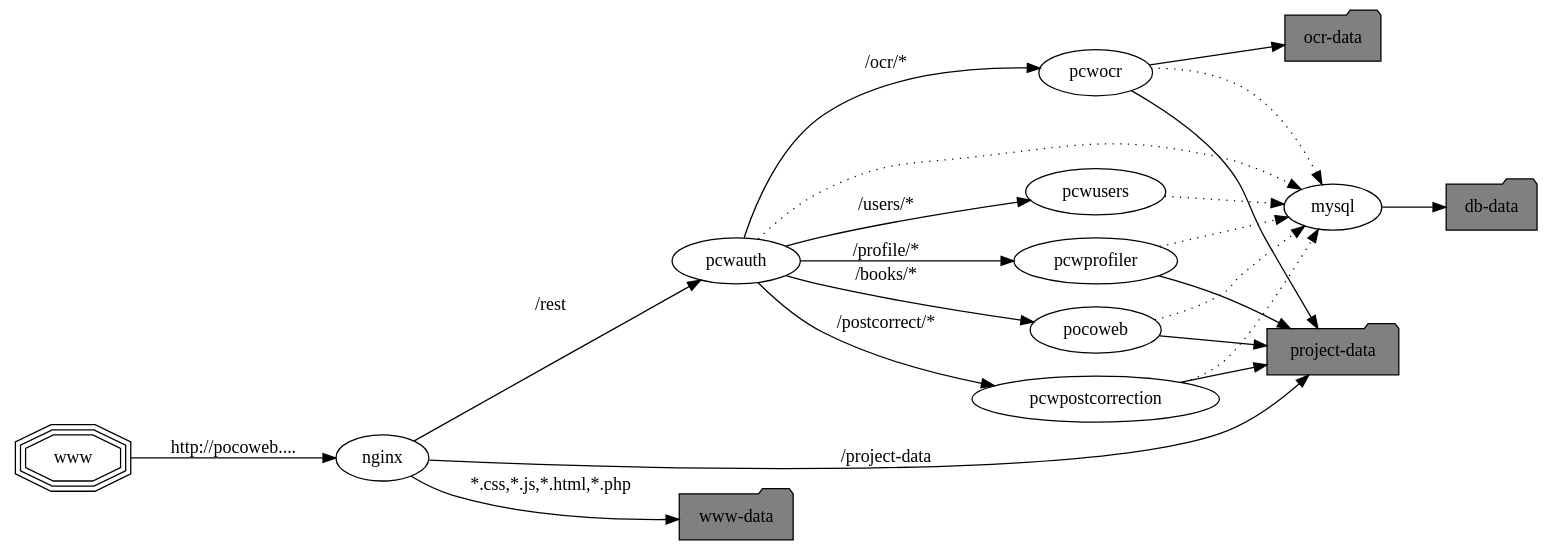
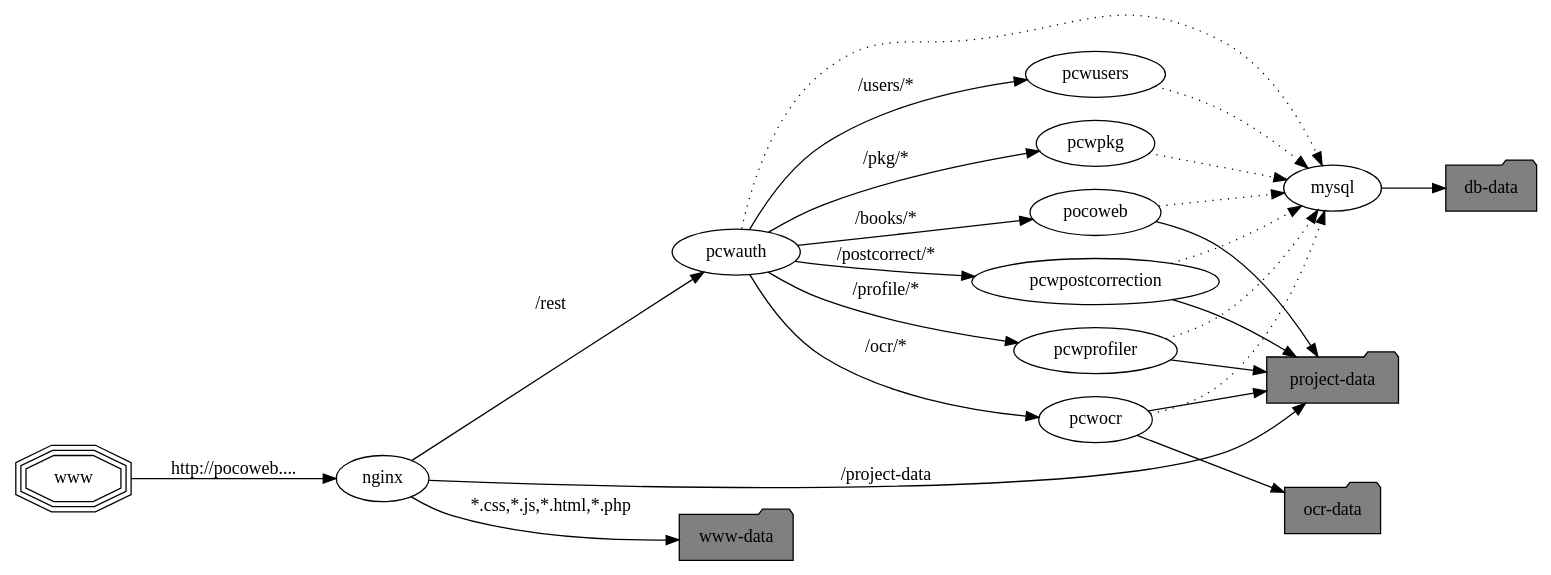
One commit to cisocrgroup/pocoweb changed the diagram in frontend/public_html/img/doc/overview.dot. Above: the diagram before and after it, drawn with Graphviz. The commit also changed 2 other files, not shown here.

Commit message:
Update docu for pcwpkg service

```diff
--- a/frontend/public_html/img/doc/overview.dot
+++ b/frontend/public_html/img/doc/overview.dot
@@ -1,38 +1,41 @@
 digraph ov {
  rankdir=LR;
  www [shape=tripleoctagon]
  nginx
  pocoweb
  mysql
  pcwauth
  pcwusers
  pcwprofiler
  pcwpostcorrection
  pcwocr
+ pcwpkg
  wwwd [label="www-data" shape=folder fillcolor=gray style=filled]
  projectd [label="project-data" shape=folder fillcolor=gray style=filled]
  ocrd [label="ocr-data" shape=folder fillcolor=gray style=filled]
  dbd [label="db-data" shape=folder fillcolor=gray style=filled]
 
  www -> nginx [label="http://pocoweb...."]
  nginx -> pcwauth [label="/rest"]
  nginx -> projectd [label="/project-data"]
  nginx -> wwwd [label="*.css,*.js,*.html,*.php"]
  pocoweb -> mysql [style=dotted]
  pocoweb -> projectd
  pcwauth -> pocoweb [label="/books/*"]
  pcwauth -> pcwusers [label="/users/*"]
  pcwauth -> pcwocr [label="/ocr/*"]
  pcwauth -> pcwprofiler [label="/profile/*"]
  pcwauth -> pcwpostcorrection [label="/postcorrect/*"]
+ pcwauth -> pcwpkg [label="/pkg/*"]
  pcwauth -> mysql [style=dotted]
  pcwprofiler -> projectd
  pcwprofiler -> mysql [style=dotted]
  pcwpostcorrection -> projectd
  pcwpostcorrection -> mysql [style=dotted]
  pcwocr -> projectd
  pcwocr -> mysql [style=dotted]
  pcwocr -> ocrd
  pcwusers -> mysql [style=dotted]
  mysql -> dbd
+ pcwpkg -> mysql [style=dotted]
 }
```
